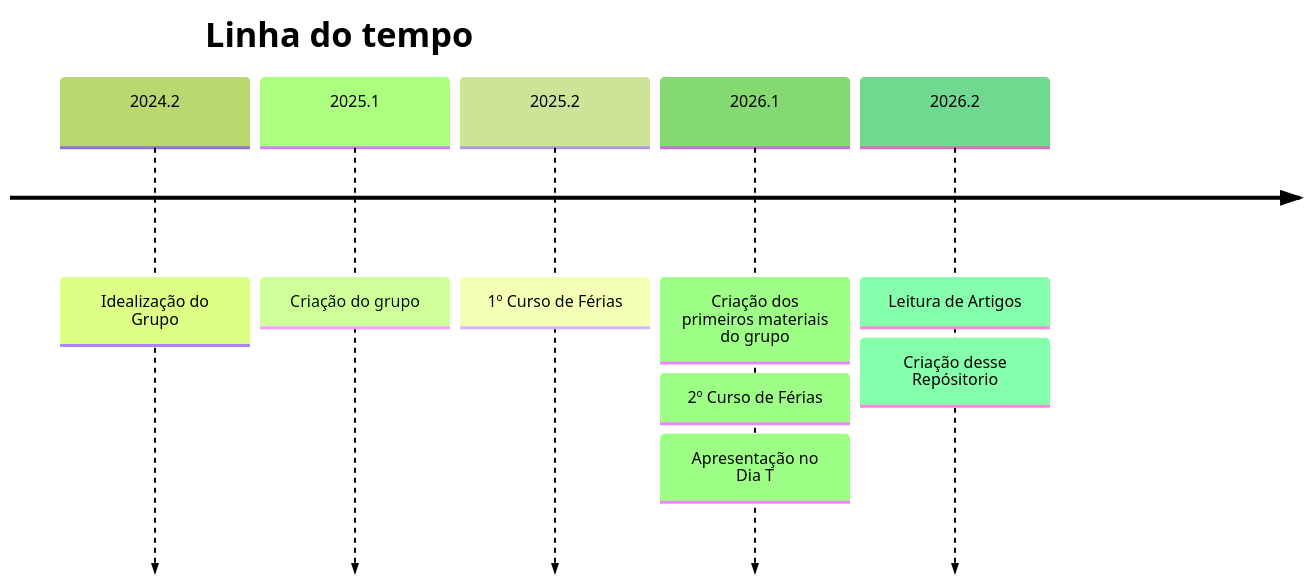
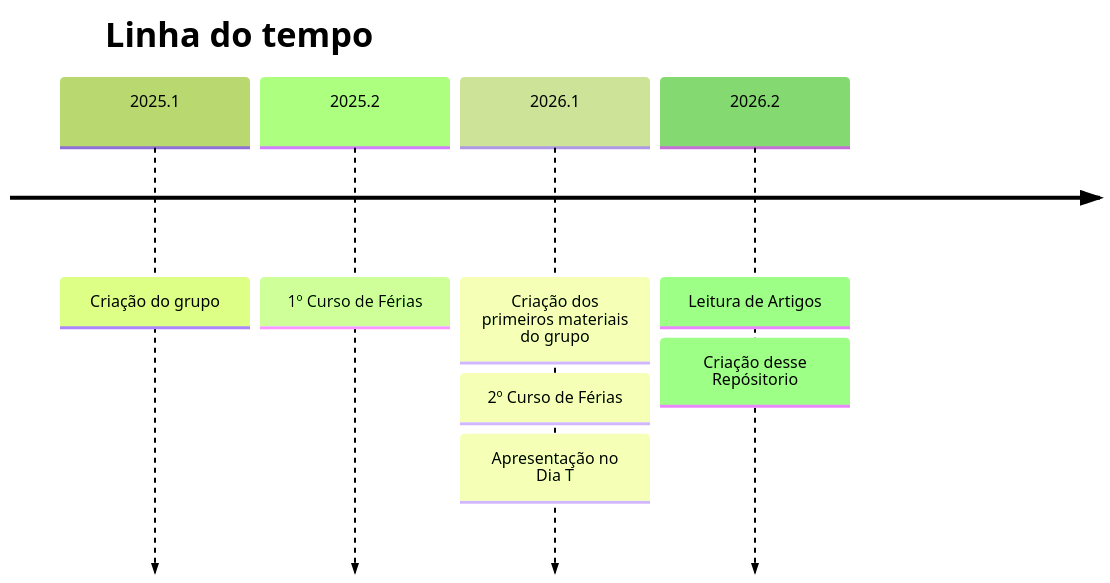
Before and after one commit to Nicky-Name05/NQU-NucleoQuanticoUnifor: the diagram in README.md, drawn with Mermaid (forest theme). The commit also changed 6 other files, not shown here.

````diff
--- a/README.md
+++ b/README.md
@@ -13,9 +13,8 @@
 ```mermaid
 timeline
     title Linha do tempo
-    2024.2 : Idealização do Grupo
     2025.1 : Criação do grupo
 	2025.2 : 1º Curso de Férias 
 	2026.1 : Criação dos primeiros materiais do grupo : 2º Curso de Férias : Apresentação no Dia T
 	2026.2 : Leitura de Artigos : Criação desse Repósitorio
 ```
````
